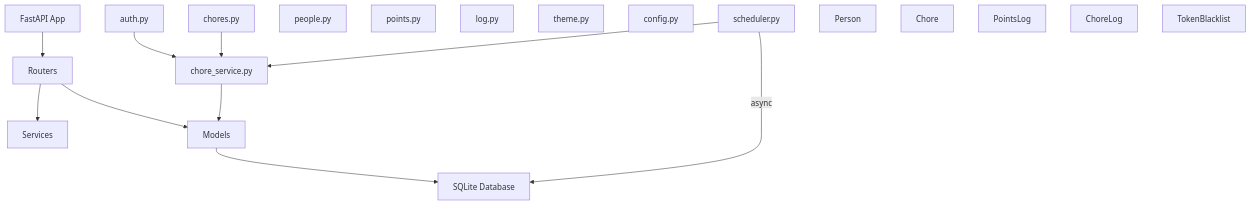
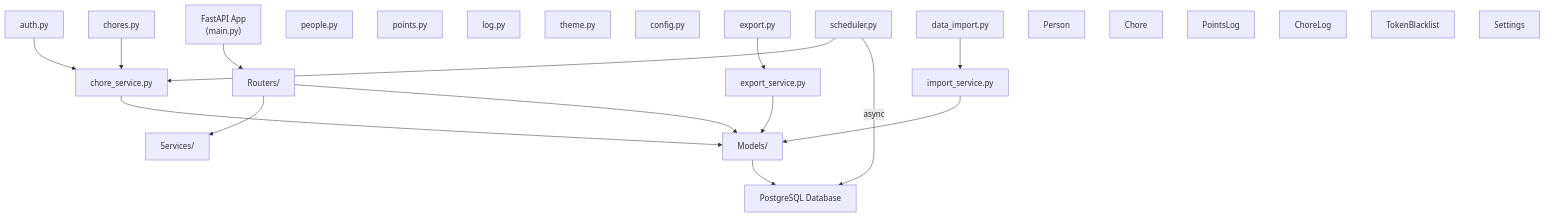
One commit to derekwinters/chores-web changed the third of 13 diagrams in docs/ARCHITECTURE.md. Above: the diagram before and after it, drawn with Mermaid. The commit also changed other lines of this file and 8 other files, not shown here.

````diff
--- a/docs/ARCHITECTURE.md
+++ b/docs/ARCHITECTURE.md
@@ -71,39 +71,48 @@
 ```mermaid
 graph TB
-    API["FastAPI App"]
+    API["FastAPI App<br/>(main.py)"]
     
-    Routers["Routers"]
+    Routers["Routers/"]
     AuthRouter["auth.py"]
     ChoresRouter["chores.py"]
     PeopleRouter["people.py"]
     PointsRouter["points.py"]
     LogRouter["log.py"]
     ThemeRouter["theme.py"]
     ConfigRouter["config.py"]
+    ExportRouter["export.py"]
+    ImportRouter["data_import.py"]
     
-    Services["Services"]
+    Services["Services/"]
     ChoreService["chore_service.py"]
     Scheduler["scheduler.py"]
+    ExportService["export_service.py"]
+    ImportService["import_service.py"]
     
-    Models["Models"]
+    Models["Models/"]
     Person["Person"]
     Chore["Chore"]
     PointsLog["PointsLog"]
     ChoreLog["ChoreLog"]
     TokenBlacklist["TokenBlacklist"]
+    Settings["Settings"]
     
-    Database["SQLite Database"]
+    Database["PostgreSQL Database"]
     
     API --> Routers
     
     AuthRouter --> ChoreService
     ChoresRouter --> ChoreService
+    ExportRouter --> ExportService
+    ImportRouter --> ImportService
     Routers --> Services
     Scheduler --> ChoreService
     
     ChoreService --> Models
+    ExportService --> Models
+    ImportService --> Models
     Routers --> Models
     
     Models --> Database
     Scheduler -->|async| Database
 ```
````
